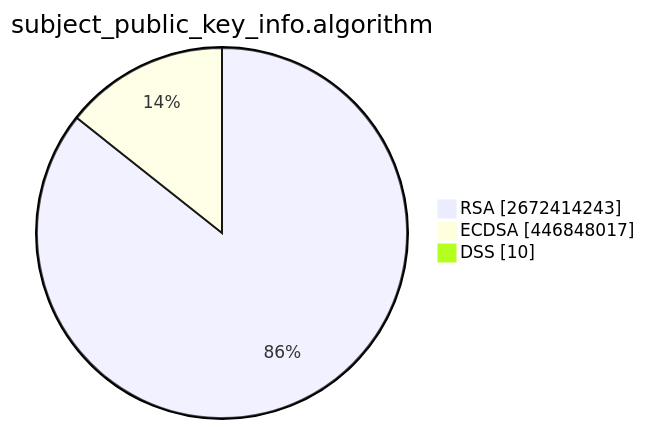
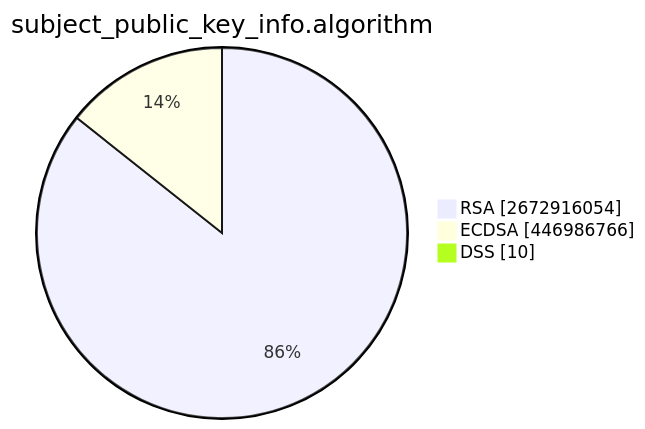
Before and after one commit to christiankrug/ctmonitor_visualization: the second of 15 diagrams in TOTAL/README.md, drawn with Mermaid. The commit also changed other lines of this file, not shown here.

````diff
--- a/TOTAL/README.md
+++ b/TOTAL/README.md
@@ -6,7 +6,7 @@
 ```mermaid
 pie showData
 title subject_public_key_info.algorithm
-"RSA" :2672414243
-"ECDSA" :446848017
+"RSA" :2672916054
+"ECDSA" :446986766
 "DSS" :10
 ```
````
